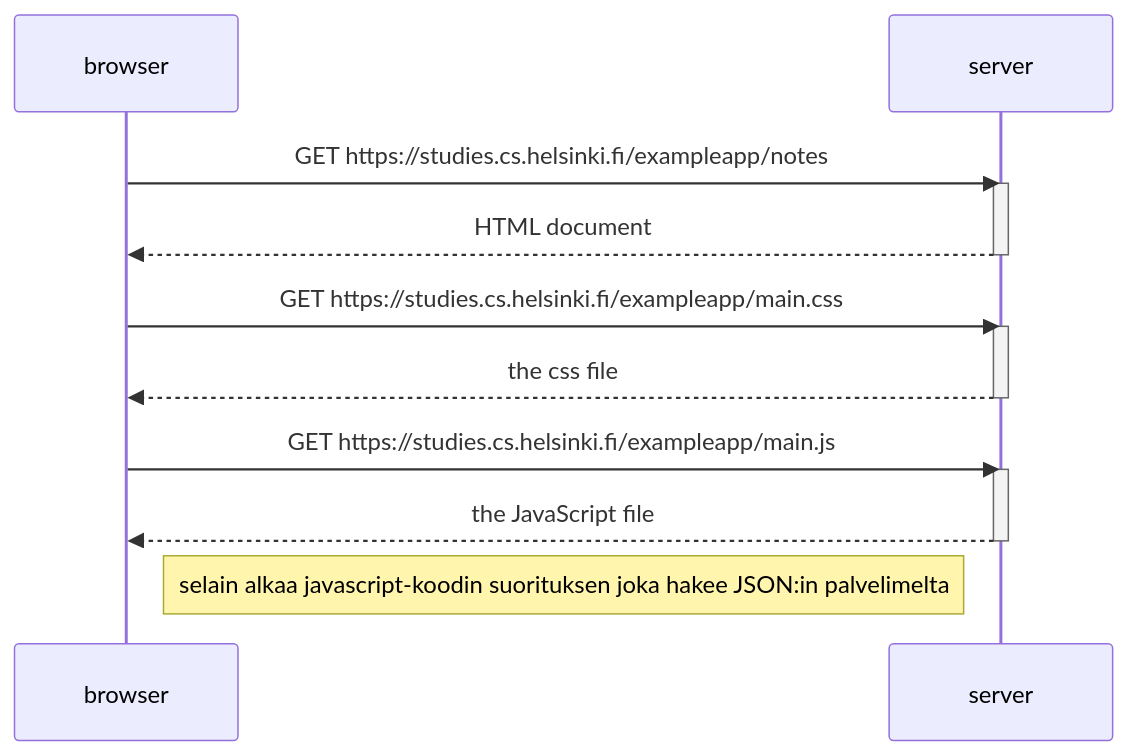
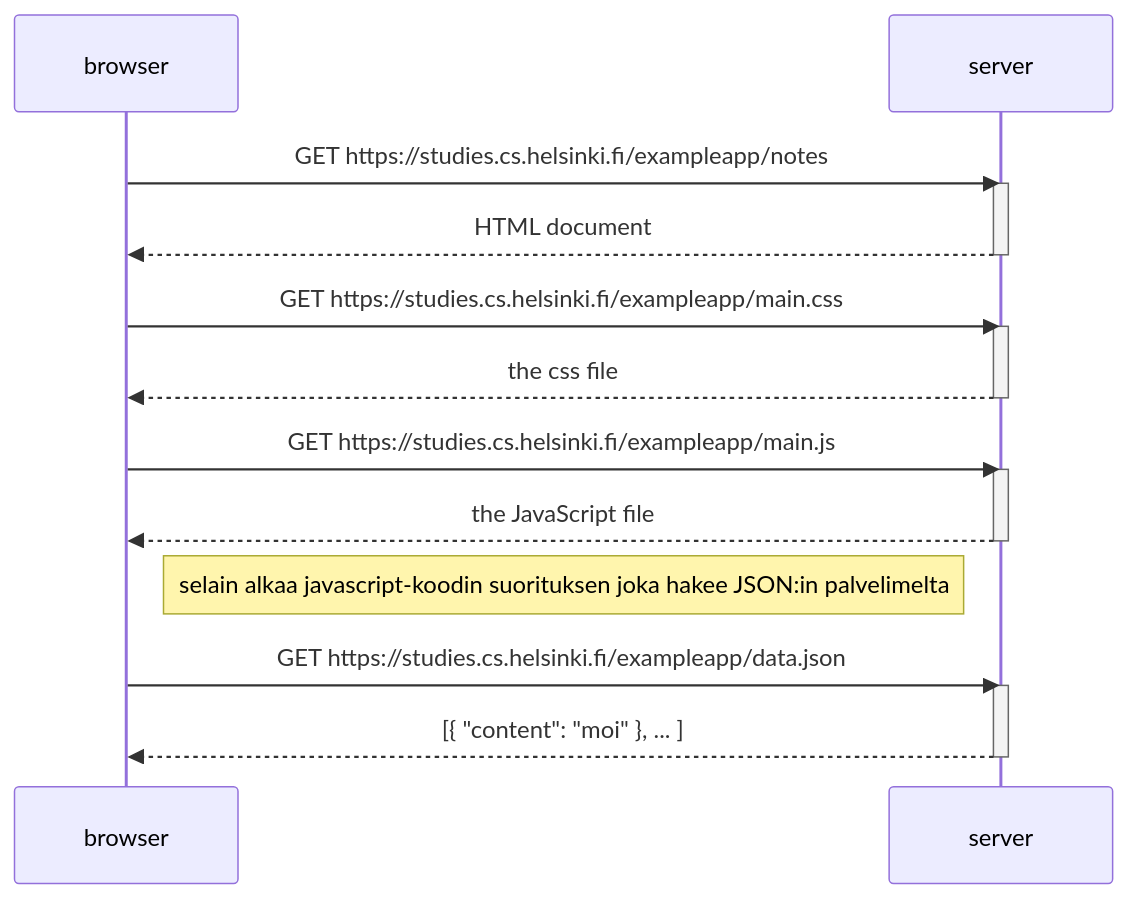
The diagram in mermaid-test6.md (moocjsi/mooc-harj03), drawn with Mermaid before and after one commit.

````diff
--- a/mermaid-test6.md
+++ b/mermaid-test6.md
@@ -1,23 +1,28 @@
 ```mermaid
 sequenceDiagram
     participant browser
     participant server
     
     browser->>server: GET https://studies.cs.helsinki.fi/exampleapp/notes
     activate server
     server-->>browser: HTML document
     deactivate server
 
     browser->>server: GET https://studies.cs.helsinki.fi/exampleapp/main.css
     activate server
     server-->>browser: the css file
     deactivate server
 
     browser->>server: GET https://studies.cs.helsinki.fi/exampleapp/main.js
     activate server
     server-->>browser: the JavaScript file
     deactivate server
 
     Note right of browser: selain alkaa  javascript-koodin suorituksen joka hakee JSON:in palvelimelta
 
+    browser->>server: GET https://studies.cs.helsinki.fi/exampleapp/data.json
+    activate server
+    server-->>browser: [{ "content": "moi" }, ... ]
+    deactivate server
+
 ```
````
